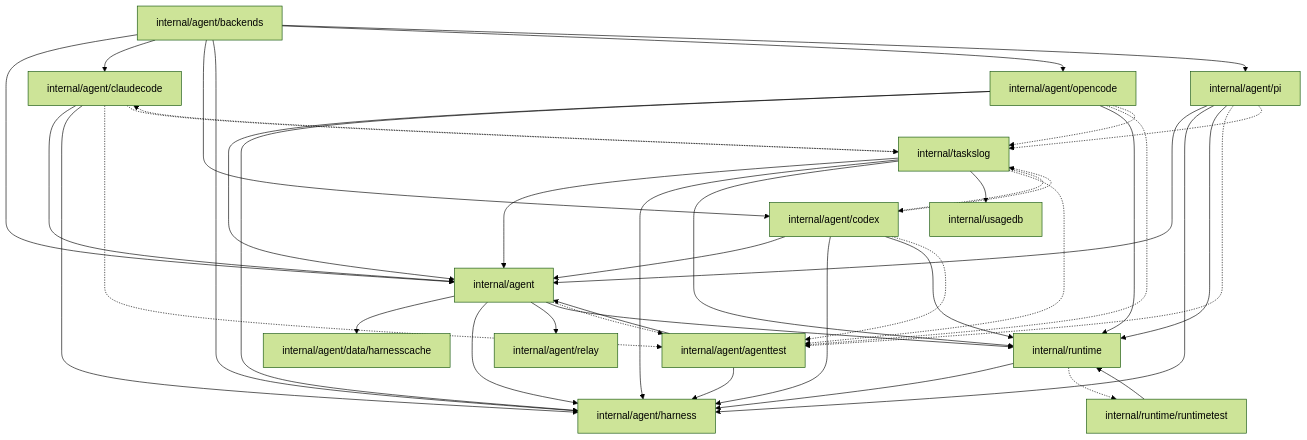
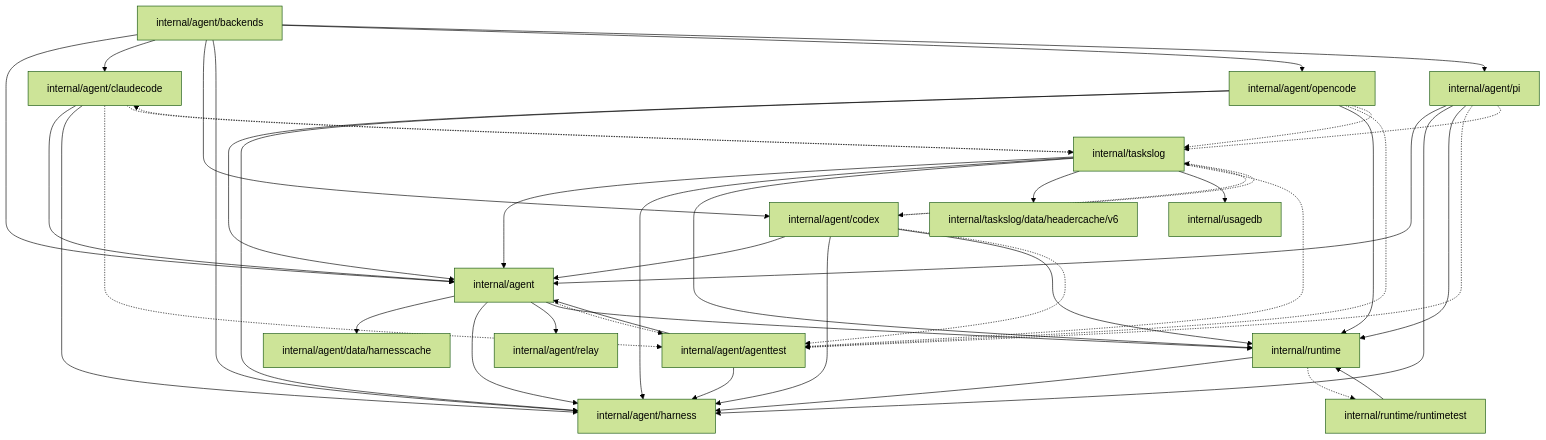
Before and after one commit to caic-xyz/caic: the second of 3 diagrams in backend/docs/ARCHITECTURE.md, drawn with Mermaid (forest theme). The commit also changed other lines of this file and 10 other files, not shown here.

````diff
--- a/backend/docs/ARCHITECTURE.md
+++ b/backend/docs/ARCHITECTURE.md
@@ -242,60 +244,62 @@
 ```mermaid
 graph TD
   pkg_internal_agent["internal/agent"]
   pkg_internal_agent_agenttest["internal/agent/agenttest"]
   pkg_internal_agent_backends["internal/agent/backends"]
   pkg_internal_agent_claudecode["internal/agent/claudecode"]
   pkg_internal_agent_codex["internal/agent/codex"]
   pkg_internal_agent_data_harnesscache["internal/agent/data/harnesscache"]
   pkg_internal_agent_harness["internal/agent/harness"]
   pkg_internal_agent_opencode["internal/agent/opencode"]
   pkg_internal_agent_pi["internal/agent/pi"]
   pkg_internal_agent_relay["internal/agent/relay"]
   pkg_internal_runtime["internal/runtime"]
   pkg_internal_runtime_runtimetest["internal/runtime/runtimetest"]
   pkg_internal_taskslog["internal/taskslog"]
+  pkg_internal_taskslog_data_headercache_v6["internal/taskslog/data/headercache/v6"]
   pkg_internal_usagedb["internal/usagedb"]
 
   pkg_internal_agent --> pkg_internal_agent_data_harnesscache
   pkg_internal_agent --> pkg_internal_agent_harness
   pkg_internal_agent --> pkg_internal_agent_relay
   pkg_internal_agent --> pkg_internal_runtime
   pkg_internal_agent -.-> pkg_internal_agent_agenttest
   pkg_internal_agent_agenttest --> pkg_internal_agent
   pkg_internal_agent_agenttest --> pkg_internal_agent_harness
   pkg_internal_agent_backends --> pkg_internal_agent
   pkg_internal_agent_backends --> pkg_internal_agent_claudecode
   pkg_internal_agent_backends --> pkg_internal_agent_codex
   pkg_internal_agent_backends --> pkg_internal_agent_harness
   pkg_internal_agent_backends --> pkg_internal_agent_opencode
   pkg_internal_agent_backends --> pkg_internal_agent_pi
   pkg_internal_agent_claudecode --> pkg_internal_agent
   pkg_internal_agent_claudecode --> pkg_internal_agent_harness
   pkg_internal_agent_claudecode -.-> pkg_internal_agent_agenttest
   pkg_internal_agent_claudecode -.-> pkg_internal_taskslog
   pkg_internal_agent_codex --> pkg_internal_agent
   pkg_internal_agent_codex --> pkg_internal_agent_harness
   pkg_internal_agent_codex --> pkg_internal_runtime
   pkg_internal_agent_codex -.-> pkg_internal_agent_agenttest
   pkg_internal_agent_codex -.-> pkg_internal_taskslog
   pkg_internal_agent_opencode --> pkg_internal_agent
   pkg_internal_agent_opencode --> pkg_internal_agent_harness
   pkg_internal_agent_opencode --> pkg_internal_runtime
   pkg_internal_agent_opencode -.-> pkg_internal_agent_agenttest
   pkg_internal_agent_opencode -.-> pkg_internal_taskslog
   pkg_internal_agent_pi --> pkg_internal_agent
   pkg_internal_agent_pi --> pkg_internal_agent_harness
   pkg_internal_agent_pi --> pkg_internal_runtime
   pkg_internal_agent_pi -.-> pkg_internal_agent_agenttest
   pkg_internal_agent_pi -.-> pkg_internal_taskslog
   pkg_internal_runtime --> pkg_internal_agent_harness
   pkg_internal_runtime -.-> pkg_internal_runtime_runtimetest
   pkg_internal_runtime_runtimetest --> pkg_internal_runtime
   pkg_internal_taskslog --> pkg_internal_agent
   pkg_internal_taskslog --> pkg_internal_agent_harness
   pkg_internal_taskslog --> pkg_internal_runtime
+  pkg_internal_taskslog --> pkg_internal_taskslog_data_headercache_v6
   pkg_internal_taskslog --> pkg_internal_usagedb
   pkg_internal_taskslog -.-> pkg_internal_agent_agenttest
   pkg_internal_taskslog -.-> pkg_internal_agent_claudecode
   pkg_internal_taskslog -.-> pkg_internal_agent_codex
 ```
````
